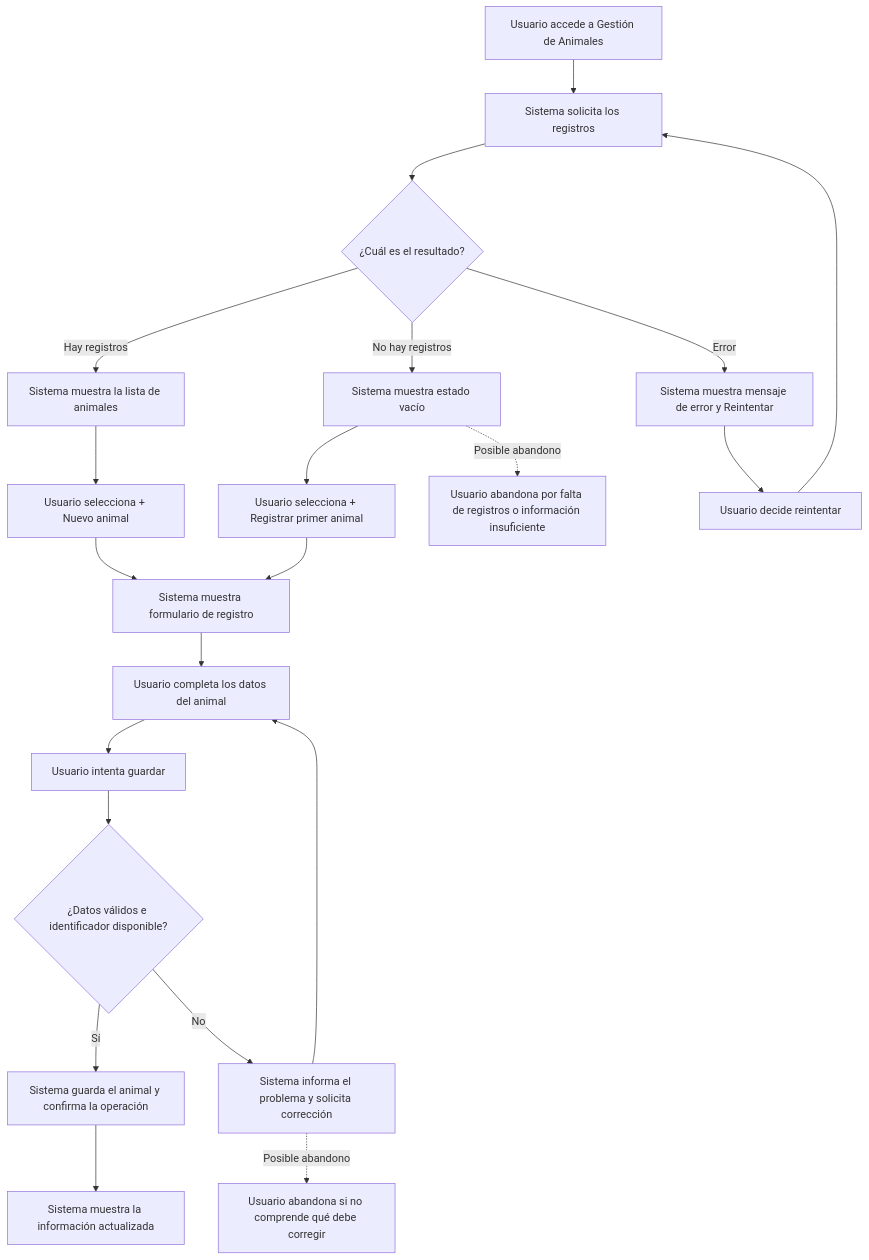
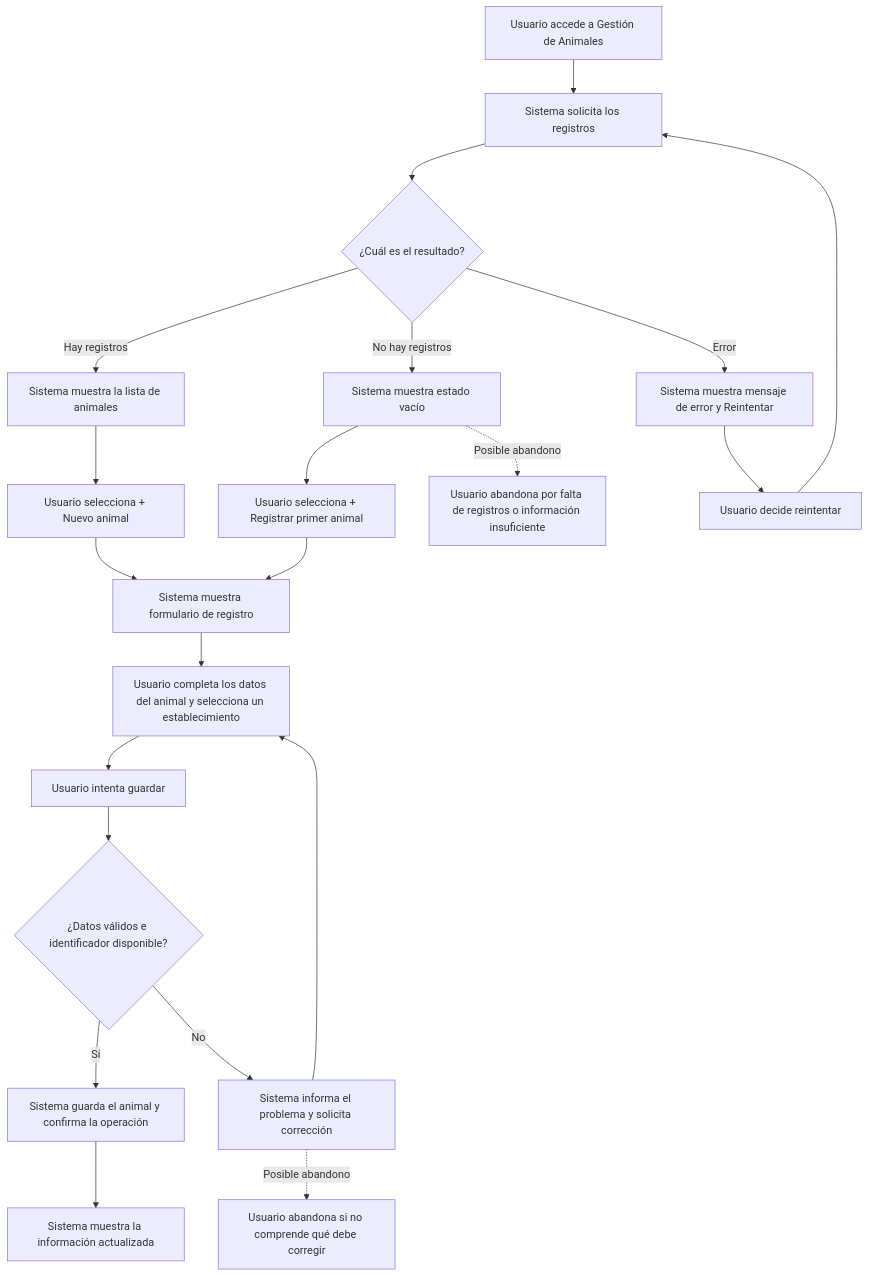
One commit to IES9018/agustinagnz-proyecto-ganadero changed the first of 2 diagrams in docs/diseno/usuarios.md. Above: the diagram before and after it, drawn with Mermaid. The commit also changed other lines of this file, not shown here.

Commit message:
docs(ux): unificar perfiles y recorridos de usuario

````diff
--- a/docs/diseno/usuarios.md
+++ b/docs/diseno/usuarios.md
@@ -103,33 +107,33 @@
 ```mermaid
 flowchart TD
     A["Usuario accede a Gestión de Animales"] --> B["Sistema solicita los registros"]
     B --> C{"¿Cuál es el resultado?"}
 
     C -->|Hay registros| D["Sistema muestra la lista de animales"]
     C -->|No hay registros| E["Sistema muestra estado vacío"]
     C -->|Error| F["Sistema muestra mensaje de error y Reintentar"]
 
     D --> G["Usuario selecciona + Nuevo animal"]
     E --> H["Usuario selecciona + Registrar primer animal"]
 
     G --> I["Sistema muestra formulario de registro"]
     H --> I
 
-    I --> J["Usuario completa los datos del animal"]
+    I --> J["Usuario completa los datos del animal y selecciona un establecimiento"]
     J --> K["Usuario intenta guardar"]
 
     K --> L{"¿Datos válidos e identificador disponible?"}
 
     L -->|Sí| M["Sistema guarda el animal y confirma la operación"]
     L -->|No| N["Sistema informa el problema y solicita corrección"]
 
     M --> O["Sistema muestra la información actualizada"]
 
     N --> J
 
     F --> P["Usuario decide reintentar"]
     P --> B
 
     E -. "Posible abandono" .-> Q["Usuario abandona por falta de registros o información insuficiente"]
     N -. "Posible abandono" .-> R["Usuario abandona si no comprende qué debe corregir"]
 ```
````
